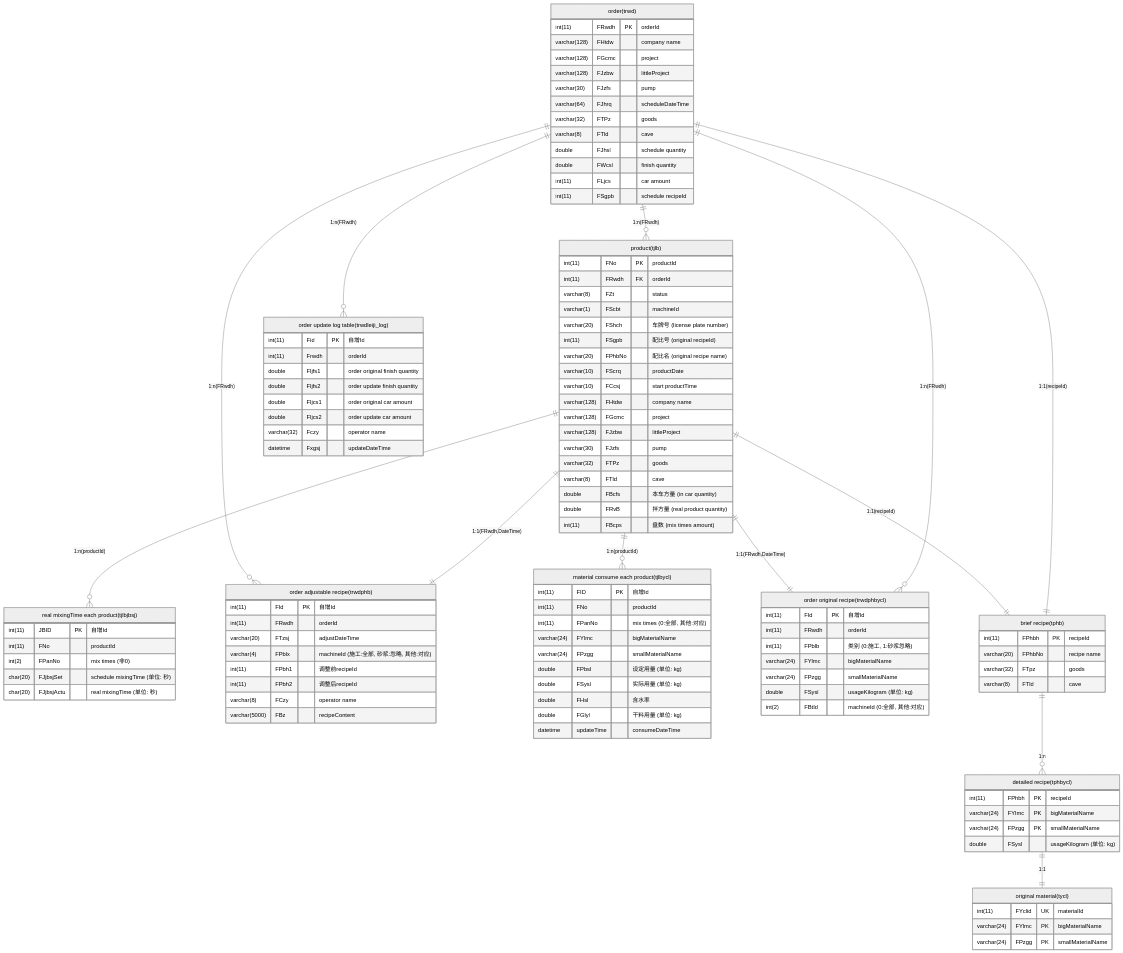
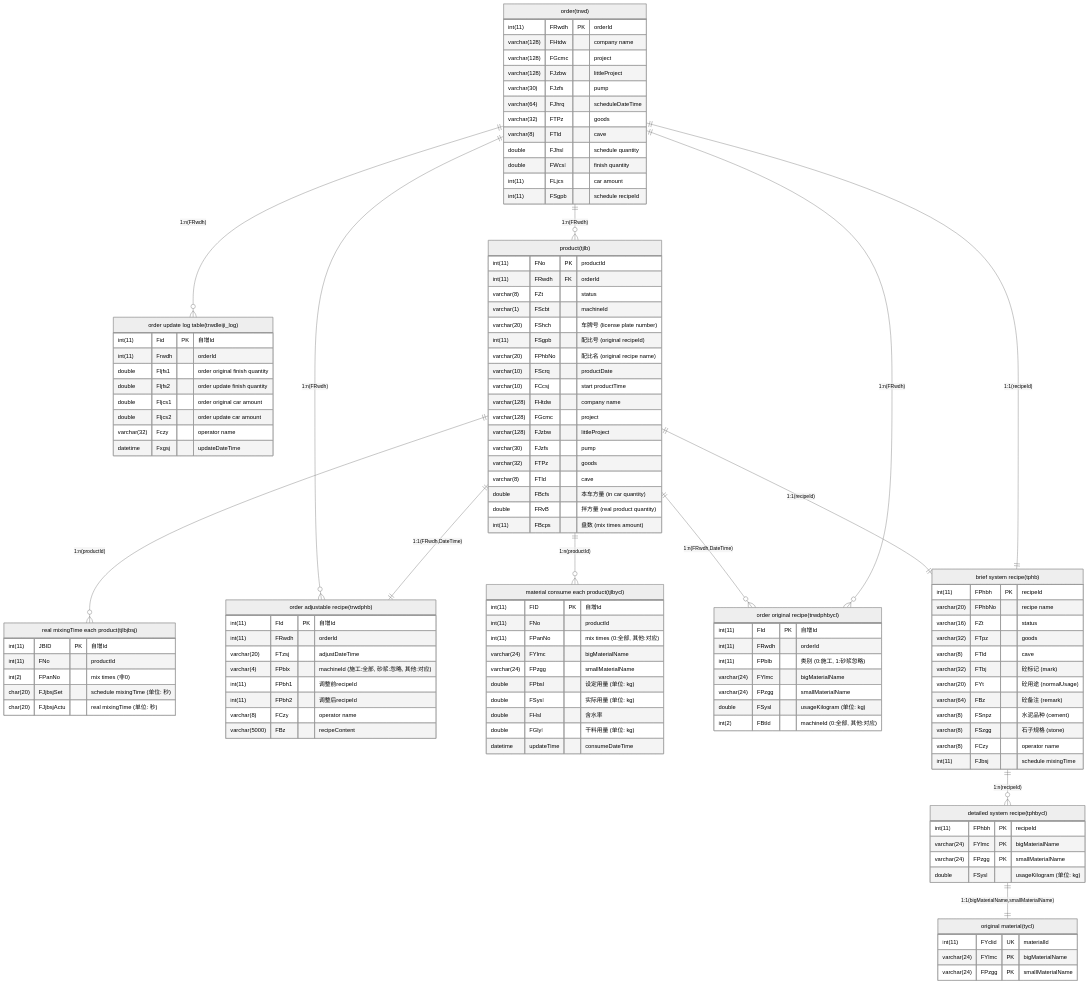
Before and after one commit to kong-zj/SCG_TGL_assistant: the first of 2 diagrams in README.md, drawn with Mermaid (neutral theme). The commit also changed other lines of this file and 16 other files, not shown here.

Commit message:
improve TGL ERD, and finish OrderRecipeViewSet

````diff
--- a/README.md
+++ b/README.md
@@ -227,5 +227,7 @@
 ```mermaid
 erDiagram
+
+    "order(trwd)" || -- o{ "order update log table(trwdleiji_log)" : "1:n(FRwdh)"
 
     "product(tjlb)" || -- o{ "real mixingTime each product(tjlbjbsj)" : "1:n(productId)"
     
@@ -233,7 +235,7 @@
 
     "product(tjlb)" || -- o{ "material consume each product(tjlbycl)" : "1:n(productId)"
     
-    "product(tjlb)" || -- || "order original recipe(trwdphbycl)" : "1:1(FRwdh,DateTime)"
+    "product(tjlb)" || -- o{ "order original recipe(trwdphbycl)" : "1:n(FRwdh,DateTime)"
     
     "product(tjlb)" || -- || "order adjustable recipe(trwdphb)" : "1:1(FRwdh,DateTime)"
     
@@ -241,16 +243,14 @@
     
     "order(trwd)" || -- o{ "order original recipe(trwdphbycl)" : "1:n(FRwdh)"
     
-    "brief recipe(tphb)" || -- o{ "detailed recipe(tphbycl)" : "1:n"
+    "brief system recipe(tphb)" || -- o{ "detailed system recipe(tphbycl)" : "1:n(recipeId)"
     
-    "detailed recipe(tphbycl)" || -- || "original material(tycl)" : "1:1"
+    "detailed system recipe(tphbycl)" || -- || "original material(tycl)" : "1:1(bigMaterialName,smallMaterialName)"
     
-    "product(tjlb)" || -- || "brief recipe(tphb)" : "1:1(recipeId)"
+    "product(tjlb)" || -- || "brief system recipe(tphb)" : "1:1(recipeId)"
     
-    "order(trwd)" || -- || "brief recipe(tphb)" : "1:1(recipeId)"
+    "order(trwd)" || -- || "brief system recipe(tphb)" : "1:1(recipeId)"
 
-    "order(trwd)" || -- o{ "order update log table(trwdleiji_log)" : "1:n(FRwdh)"
-    
     "order(trwd)" {
         int(11) FRwdh PK "orderId"
         varchar(128) FHtdw "company name"
@@ -314,14 +314,22 @@
         varchar(24) FPzgg PK "smallMaterialName"
     }
 
-    "brief recipe(tphb)" {
+    "brief system recipe(tphb)" {
         int(11) FPhbh PK "recipeId"
         varchar(20) FPhbNo "recipe name"
+        varchar(16) FZt "status"
         varchar(32) FTpz "goods"
         varchar(8) FTld "cave"
+        varchar(32) FTbj "砼标记 (mark)"
+        varchar(20) FYt "砼用途 (normalUsage)"
+        varchar(64) FBz "砼备注 (remark)"
+        varchar(8) FSnpz "水泥品种 (cement)"
+        varchar(8) FSzgg "石子规格 (stone)"
+        varchar(8) FCzy "operator name"
+        int(11) FJbsj "schedule mixingTime"
     }
 
-    "detailed recipe(tphbycl)" {
+    "detailed system recipe(tphbycl)" {
         int(11) FPhbh PK "recipeId"
         varchar(24) FYlmc PK "bigMaterialName"
         varchar(24) FPzgg PK "smallMaterialName"
````
